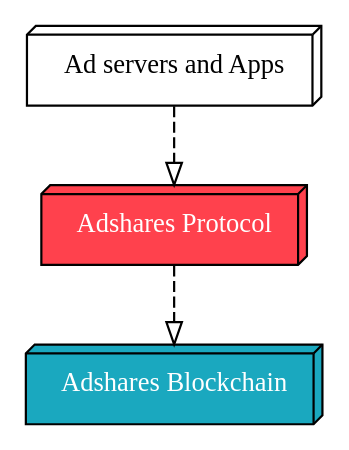
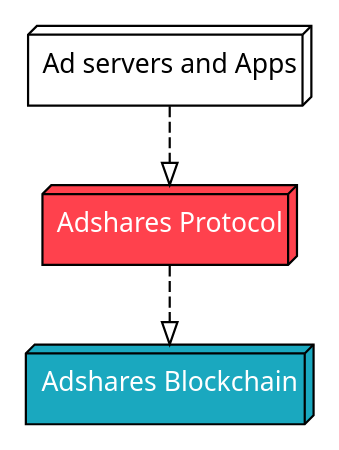
The diagram in foundations/index.rst (adshares/adshares-docs), drawn with Graphviz before and after one commit. The commit also changed 3 other files, not shown here.

Commit message:
Events flow

```diff
--- a/foundations/index.rst
+++ b/foundations/index.rst
@@ -6,33 +6,33 @@
 .. digraph:: foo
     :name: adshares.ecosystem
     :align: center
 
-    graph [fontname="Verdana", fontsize="12"];
-    node [fontname="Verdana", fontsize="12", target="_top"];
-    edge [fontname="Sans", fontsize="9", style="dashed", arrowhead="empty"];
+    graph [fontname="Segoe UI,Arial,sans-serif", fontsize="12"];
+    node [fontname="Segoe UI,Arial,sans-serif", fontsize="12", target="_top"];
+    edge [fontname="Segoe UI,Arial,sans-serif", fontsize="9", style="dashed", arrowhead="empty"];
 
     adserver [
         label="Ad servers and Apps",
         href="../foundations#ad-servers-and-apps"
         shape="box3d",
         color="",
     ];
     protocol [
         label="Adshares Protocol",
         href="../foundations#adshares-protocol"
         shape="box3d",
         fillcolor="#FF414D",
         fontcolor="#FFFFFF",
         style="filled",
     ];
     blockchain [
         label="Adshares Blockchain",
         href="../foundations#adshares-blockchain"
         shape="box3d",
         fillcolor="#1AA8BF",
         fontcolor="#FFFFFF",
         style="filled",
     ];
 
     adserver -> protocol;
     protocol -> blockchain;
```
